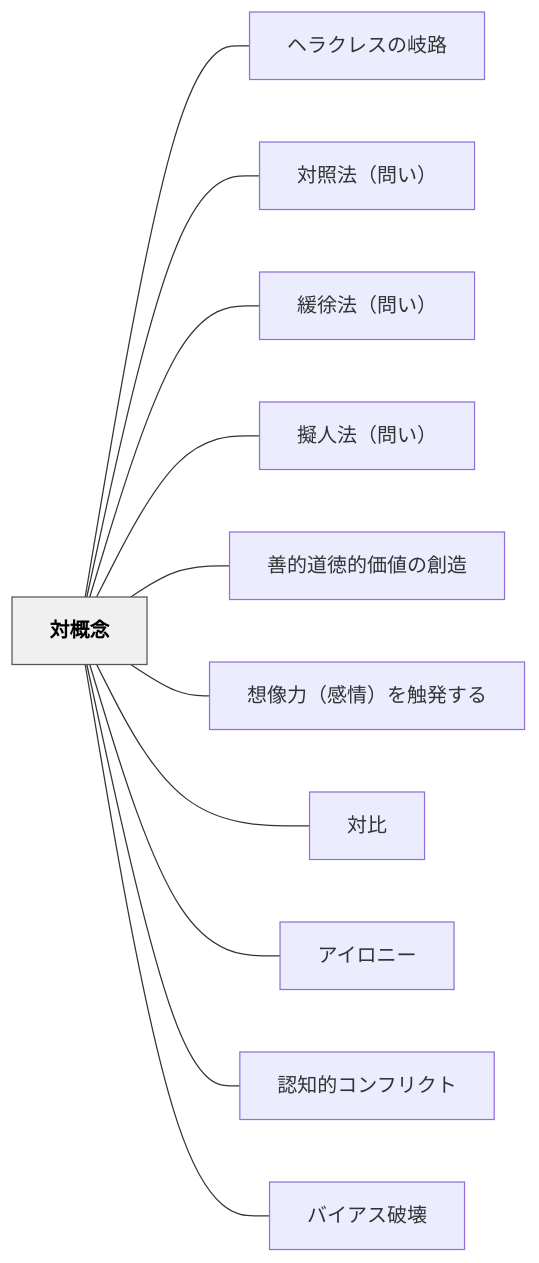
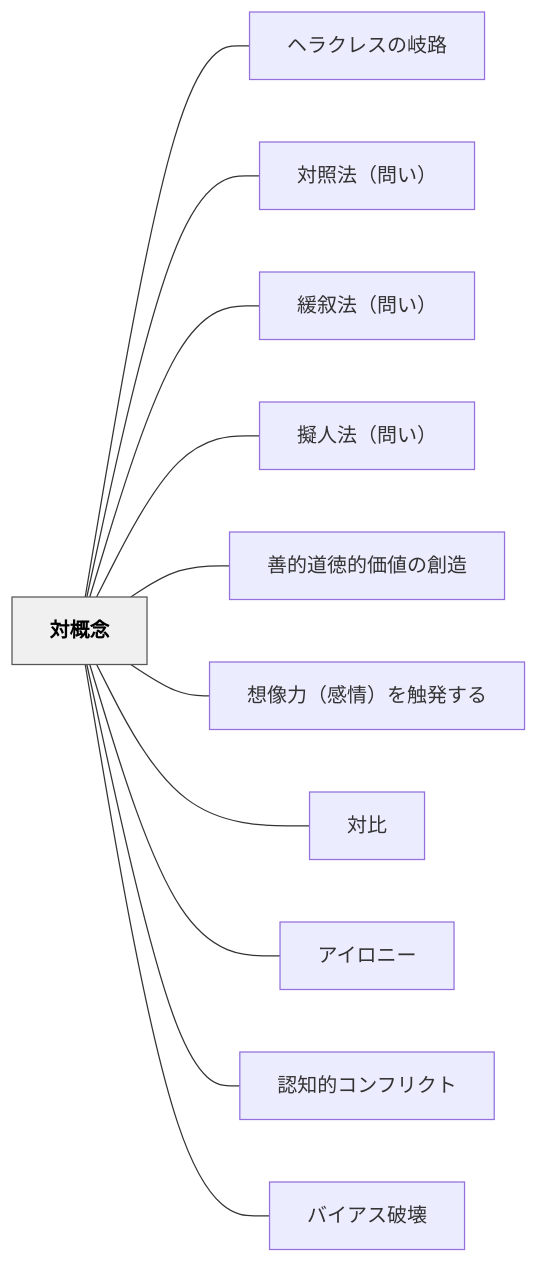
The diagram in content/パタン/対概念.md (unknownthings-ed-patterns/unknownthings-ed-patterns), drawn with Mermaid before and after one commit. The commit also changed other lines of this file and 28 other files, not shown here.

````diff
--- a/content/パタン/対概念.md
+++ b/content/パタン/対概念.md
@@ -55,28 +55,28 @@
 ```mermaid
 flowchart LR
     ne5afbee6a682e5bfb5["対概念"]
     ne38398e383a9e382afe383ace382b9e381aee5b290e8b7af["ヘラクレスの岐路"]
     ne5afbee785a7e6b395efbc88e5958fe38184efbc89["対照法（問い）"]
-    ne7b7a9e5be90e6b395efbc88e5958fe38184efbc89["緩徐法（問い）"]
+    ne7b7a9e58f99e6b395efbc88e5958fe38184efbc89["緩叙法（問い）"]
     ne693ace4babae6b395efbc88e5958fe38184efbc89["擬人法（問い）"]
     ne59684e79a84e98193e5beb3e79a84e4bea1e580a4e381aee589b5e980a0["善的道徳的価値の創造"]
     ne683b3e5838fe58a9befbc88e6849fe68385efbc89e38292e8a7a6e799bae38199e3828b["想像力（感情）を触発する"]
     ne5afbee6af94["対比"]
     ne382a2e382a4e383ade3838be383bc["アイロニー"]
     ne8aa8de79fa5e79a84e382b3e383b3e38395e383aae382afe38388["認知的コンフリクト"]
     ne38390e382a4e382a2e382b9e7a0b4e5a38a["バイアス破壊"]
 
     ne5afbee6a682e5bfb5 --- ne38398e383a9e382afe383ace382b9e381aee5b290e8b7af
     ne5afbee6a682e5bfb5 --- ne5afbee785a7e6b395efbc88e5958fe38184efbc89
-    ne5afbee6a682e5bfb5 --- ne7b7a9e5be90e6b395efbc88e5958fe38184efbc89
+    ne5afbee6a682e5bfb5 --- ne7b7a9e58f99e6b395efbc88e5958fe38184efbc89
     ne5afbee6a682e5bfb5 --- ne693ace4babae6b395efbc88e5958fe38184efbc89
     ne5afbee6a682e5bfb5 --- ne59684e79a84e98193e5beb3e79a84e4bea1e580a4e381aee589b5e980a0
     ne5afbee6a682e5bfb5 --- ne683b3e5838fe58a9befbc88e6849fe68385efbc89e38292e8a7a6e799bae38199e3828b
     ne5afbee6a682e5bfb5 --- ne5afbee6af94
     ne5afbee6a682e5bfb5 --- ne382a2e382a4e383ade3838be383bc
     ne5afbee6a682e5bfb5 --- ne8aa8de79fa5e79a84e382b3e383b3e38395e383aae382afe38388
     ne5afbee6a682e5bfb5 --- ne38390e382a4e382a2e382b9e7a0b4e5a38a
 
     classDef hub fill:#f0f0f0,stroke:#555,color:#000,font-weight:bold
     class ne5afbee6a682e5bfb5 hub
 ```
````
